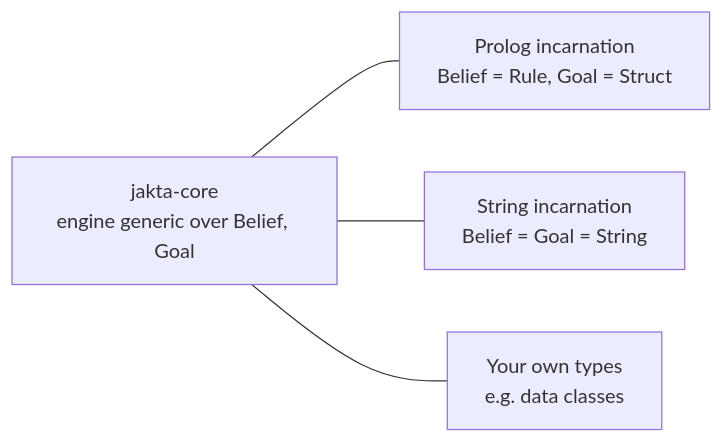
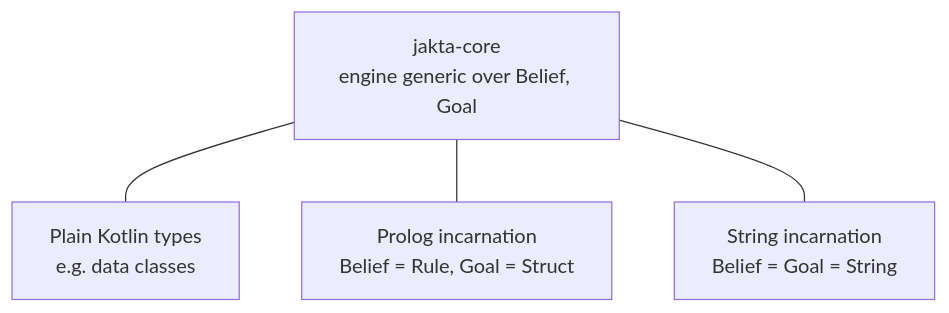
One commit to jakta-bdi/jakta changed the diagram in website/docs/explanation/incarnations/index.md. Above: the diagram before and after it, drawn with Mermaid. The commit also changed other lines of this file and 24 other files, not shown here.

````diff
--- a/website/docs/explanation/incarnations/index.md
+++ b/website/docs/explanation/incarnations/index.md
@@ -15,6 +23,6 @@
 ```mermaid
-graph LR
-  engine["jakta-core<br/>engine generic over Belief, Goal"] --- prolog["Prolog incarnation<br/>Belief = Rule, Goal = Struct"]
+graph TD
+  engine["jakta-core<br/>engine generic over Belief, Goal"] --- custom["Plain Kotlin types<br/>e.g. data classes"]
+  engine --- prolog["Prolog incarnation<br/>Belief = Rule, Goal = Struct"]
   engine --- string["String incarnation<br/>Belief = Goal = String"]
-  engine --- custom["Your own types<br/>e.g. data classes"]
 ```
````
